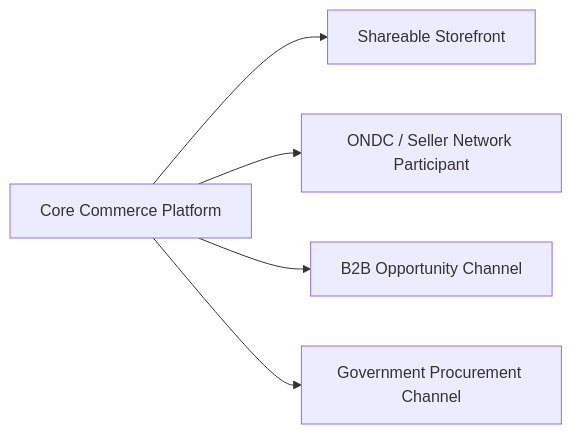
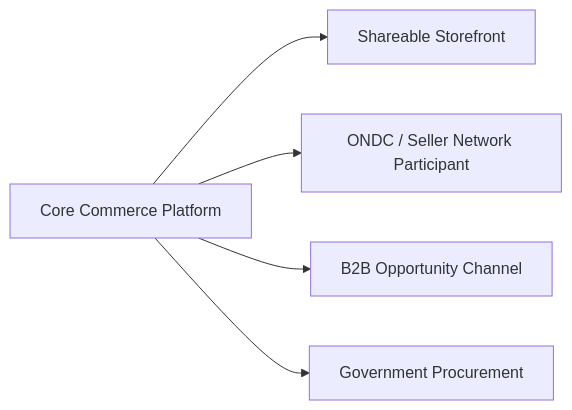
The tenth of 16 diagrams in ARCHITECTURE_26090.md (LaKsHaY5280/SIH-strat), drawn with Mermaid before and after one commit. The commit also changed other lines of this file, not shown here.

Commit message:
architecture v2

````diff
--- a/ARCHITECTURE_26090.md
+++ b/ARCHITECTURE_26090.md
@@ -772,13 +1194,14 @@
 ```mermaid
 flowchart LR
     Core["Core Commerce Platform"]
+
     Store["Shareable Storefront"]
     ONDC["ONDC / Seller Network Participant"]
     B2B["B2B Opportunity Channel"]
-    Gov["Government Procurement Channel"]
+    Gov["Government Procurement"]
 
     Core --> Store
     Core --> ONDC
     Core --> B2B
     Core --> Gov
 ```
````
